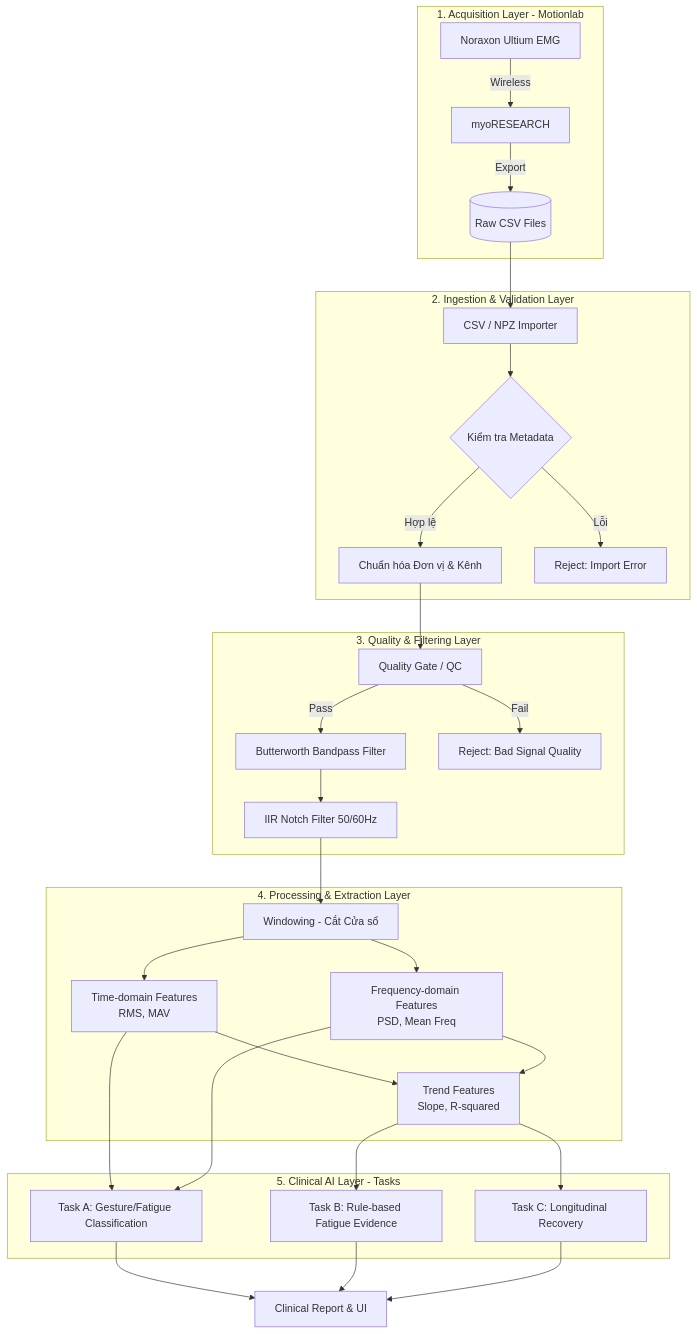
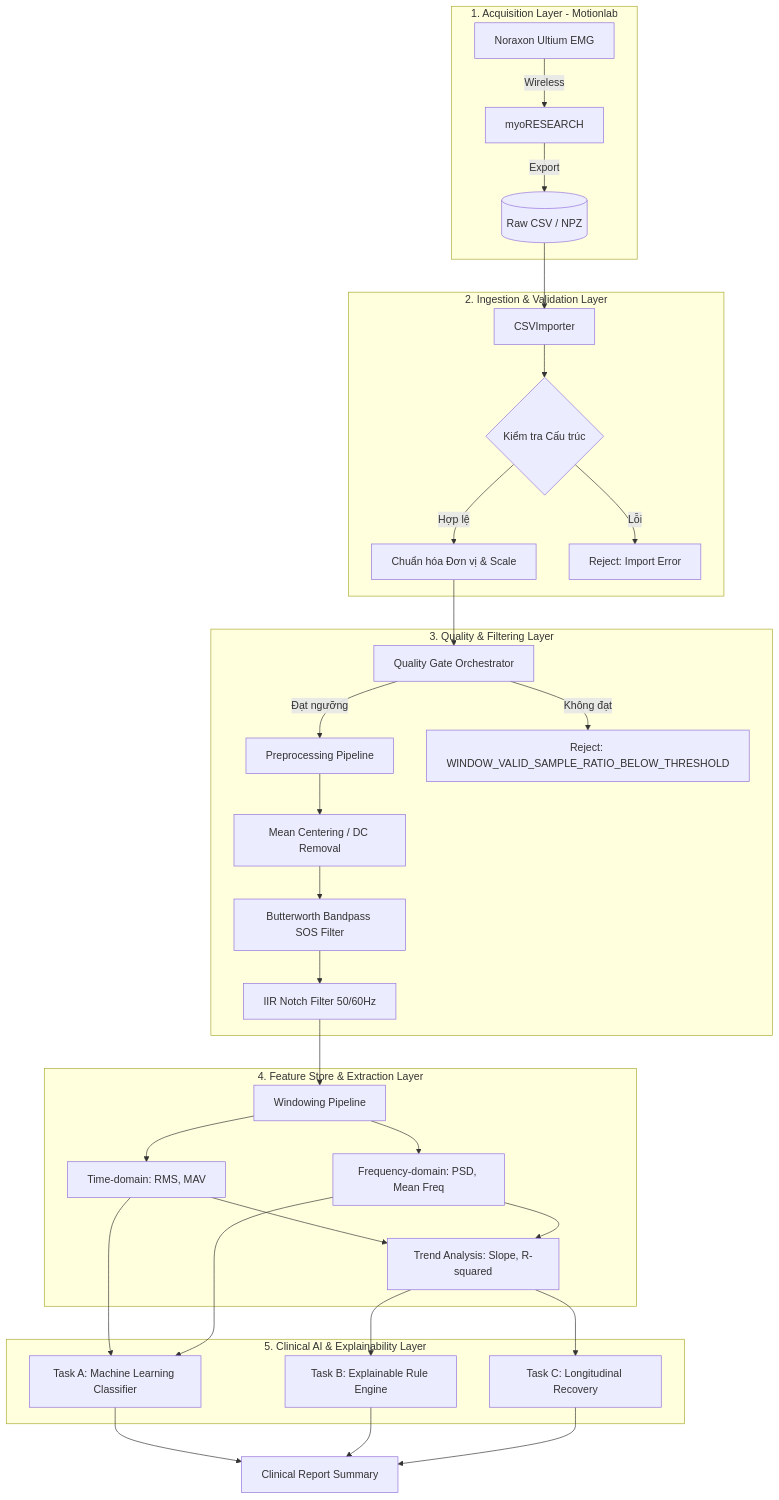
Before and after one commit to DuyVuux/MyoLab-AI: the diagram in docs/architecture/DATA_PIPELINE_FLOW.md, drawn with Mermaid. The commit also changed other lines of this file, not shown here.

Commit message:
add data_pipeline_flow

````diff
--- a/docs/architecture/DATA_PIPELINE_FLOW.md
+++ b/docs/architecture/DATA_PIPELINE_FLOW.md
@@ -9,36 +9,38 @@
 ```mermaid
 flowchart TD
     subgraph Layer1 [1. Acquisition Layer - Motionlab]
         Hardware[Noraxon Ultium EMG] -->|Wireless| Software[myoRESEARCH]
-        Software -->|Export| RawData[(Raw CSV Files)]
+        Software -->|Export| RawData[(Raw CSV / NPZ)]
     end
 
     subgraph Layer2 [2. Ingestion & Validation Layer]
-        RawData --> Importer[CSV / NPZ Importer]
-        Importer --> MetadataCheck{Kiểm tra Metadata}
-        MetadataCheck -->|Hợp lệ| Normalizer[Chuẩn hóa Đơn vị & Kênh]
+        RawData --> Importer[CSVImporter]
+        Importer --> MetadataCheck{Kiểm tra Cấu trúc}
+        MetadataCheck -->|Hợp lệ| Normalizer[Chuẩn hóa Đơn vị & Scale]
         MetadataCheck -->|Lỗi| Reject1[Reject: Import Error]
     end
 
     subgraph Layer3 [3. Quality & Filtering Layer]
-        Normalizer --> QC[Quality Gate / QC]
-        QC -->|Pass| Bandpass[Butterworth Bandpass Filter]
-        QC -->|Fail| Reject2[Reject: Bad Signal Quality]
+        Normalizer --> QC[Quality Gate Orchestrator]
+        QC -->|Đạt ngưỡng| Preproc[Preprocessing Pipeline]
+        QC -->|Không đạt| Reject2[Reject: WINDOW_VALID_SAMPLE_RATIO_BELOW_THRESHOLD]
+        Preproc --> DC[Mean Centering / DC Removal]
+        DC --> Bandpass[Butterworth Bandpass SOS Filter]
         Bandpass --> Notch[IIR Notch Filter 50/60Hz]
     end
 
-    subgraph Layer4 [4. Processing & Extraction Layer]
-        Notch --> Windowing[Windowing - Cắt Cửa sổ]
-        Windowing --> TimeFeat[Time-domain Features<br/>RMS, MAV]
-        Windowing --> FreqFeat[Frequency-domain Features<br/>PSD, Mean Freq]
-        TimeFeat & FreqFeat --> TrendFeat[Trend Features<br/>Slope, R-squared]
+    subgraph Layer4 [4. Feature Store & Extraction Layer]
+        Notch --> Windowing[Windowing Pipeline]
+        Windowing --> TimeFeat[Time-domain: RMS, MAV]
+        Windowing --> FreqFeat[Frequency-domain: PSD, Mean Freq]
+        TimeFeat & FreqFeat --> TrendFeat[Trend Analysis: Slope, R-squared]
     end
 
-    subgraph Layer5 [5. Clinical AI Layer - Tasks]
-        TimeFeat & FreqFeat --> TaskA[Task A: Gesture/Fatigue Classification]
-        TrendFeat --> TaskB[Task B: Rule-based Fatigue Evidence]
+    subgraph Layer5 [5. Clinical AI & Explainability Layer]
+        TimeFeat & FreqFeat --> TaskA[Task A: Machine Learning Classifier]
+        TrendFeat --> TaskB[Task B: Explainable Rule Engine]
         TrendFeat --> TaskC[Task C: Longitudinal Recovery]
     end
     
-    TaskA & TaskB & TaskC --> Output[Clinical Report & UI]
+    TaskA & TaskB & TaskC --> Output[Clinical Report Summary]
 ```
````
